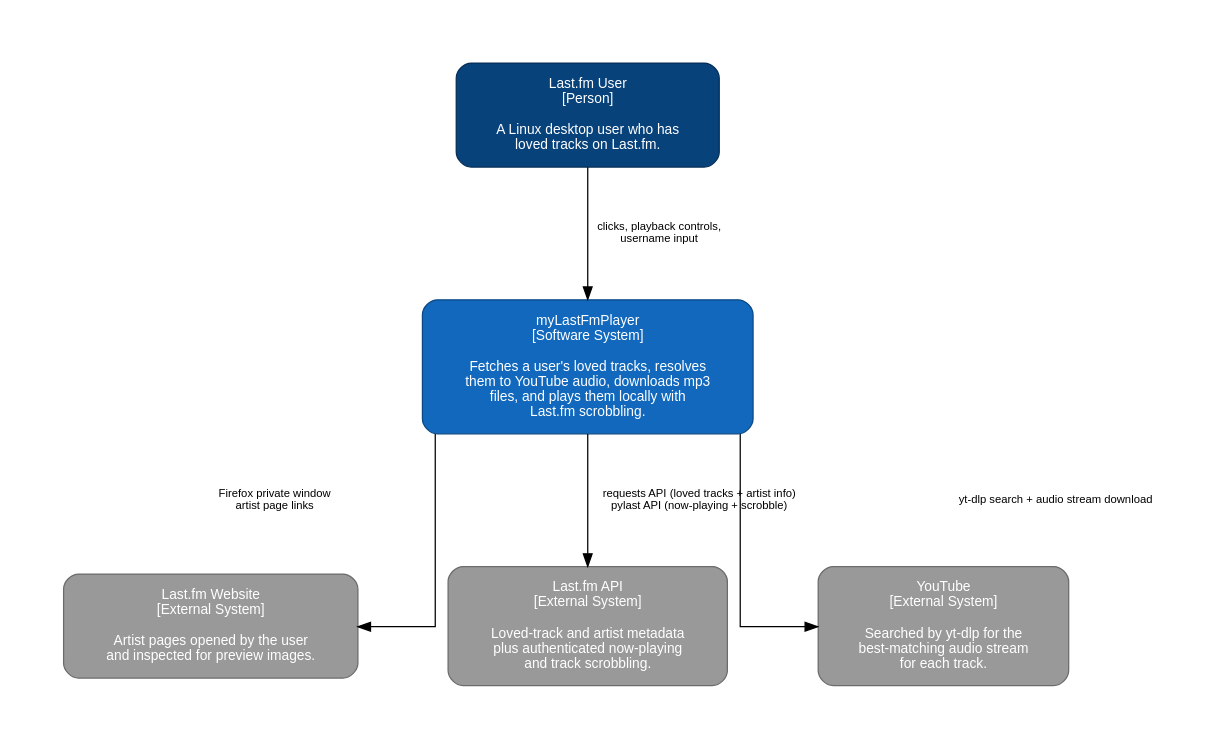
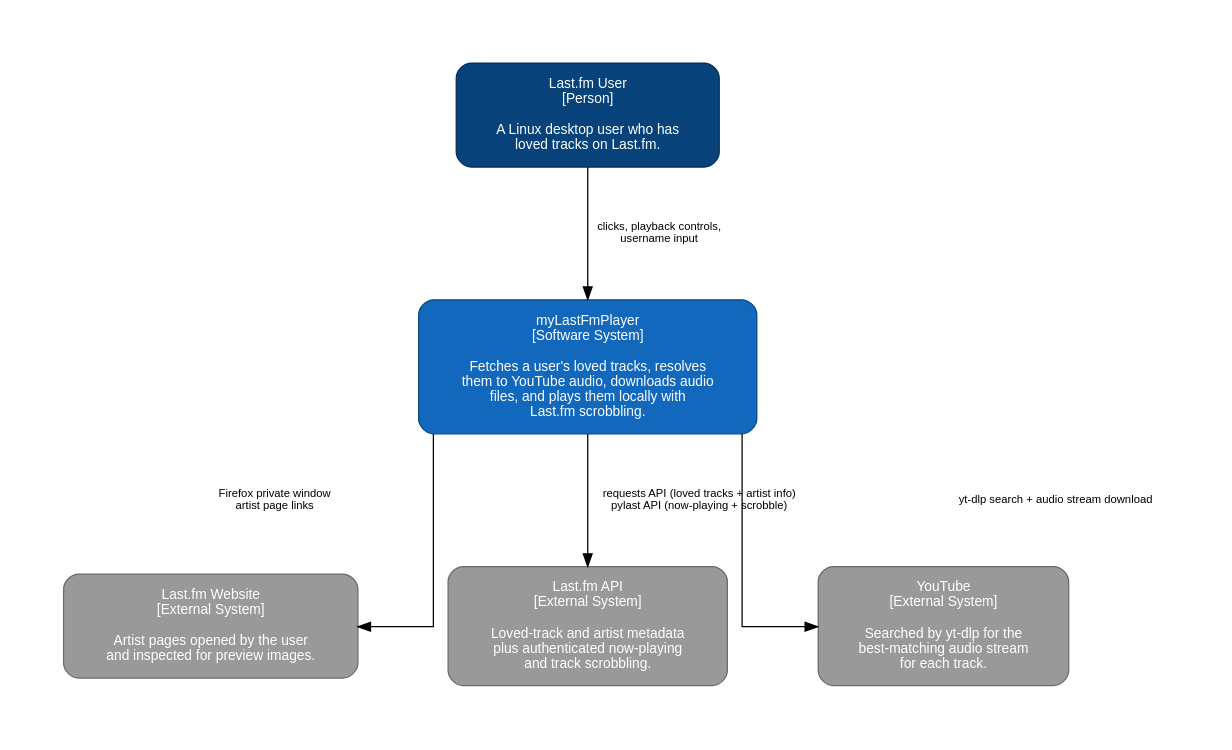
Before and after one commit to marcelpetrick/myLastFmPlayer: the first of 5 diagrams in docs/architecture.rst, drawn with Graphviz. The commit also changed other lines of this file and 24 other files, not shown here.

First line of the commit message:
docs(product): present maintained release and current architecture (v0.0.165)

```diff
--- a/docs/architecture.rst
+++ b/docs/architecture.rst
@@ -17,33 +17,33 @@
 .. graphviz::
    :caption: System context — myLastFmPlayer in its environment
 
    digraph system_context {
        graph [rankdir=TB, splines=ortho, pad=0.6, nodesep=1.0, ranksep=1.2];
        node [fontname="Helvetica", fontsize=11, margin="0.3,0.15"];
        edge [fontname="Helvetica", fontsize=9];
 
        user [label="Last.fm User\n[Person]\n\nA Linux desktop user who has\nloved tracks on Last.fm.",
              shape=box, style="rounded,filled",
              fillcolor="#08427b", fontcolor=white, color="#052e56"];
 
-       app [label="myLastFmPlayer\n[Software System]\n\nFetches a user's loved tracks, resolves\nthem to YouTube audio, downloads mp3\nfiles, and plays them locally with\nLast.fm scrobbling.",
+       app [label="myLastFmPlayer\n[Software System]\n\nFetches a user's loved tracks, resolves\nthem to YouTube audio, downloads audio\nfiles, and plays them locally with\nLast.fm scrobbling.",
             shape=box, style="rounded,filled",
             fillcolor="#1168bd", fontcolor=white, color="#0b4884"];
 
        lastfm_web [label="Last.fm Website\n[External System]\n\nArtist pages opened by the user\nand inspected for preview images.",
                    shape=box, style="rounded,filled",
                    fillcolor="#999999", fontcolor=white, color="#6b6b6b"];
 
        lastfm_api [label="Last.fm API\n[External System]\n\nLoved-track and artist metadata\nplus authenticated now-playing\nand track scrobbling.",
                    shape=box, style="rounded,filled",
                    fillcolor="#999999", fontcolor=white, color="#6b6b6b"];
 
        youtube [label="YouTube\n[External System]\n\nSearched by yt-dlp for the\nbest-matching audio stream\nfor each track.",
                 shape=box, style="rounded,filled",
                 fillcolor="#999999", fontcolor=white, color="#6b6b6b"];
 
        user -> app       [label="clicks, playback controls,\nusername input"];
        app -> lastfm_api [label="requests API (loved tracks + artist info)\npylast API (now-playing + scrobble)"];
        app -> lastfm_web [label="Firefox private window\nartist page links"];
        app -> youtube    [label="yt-dlp search + audio stream download"];
    }
```
